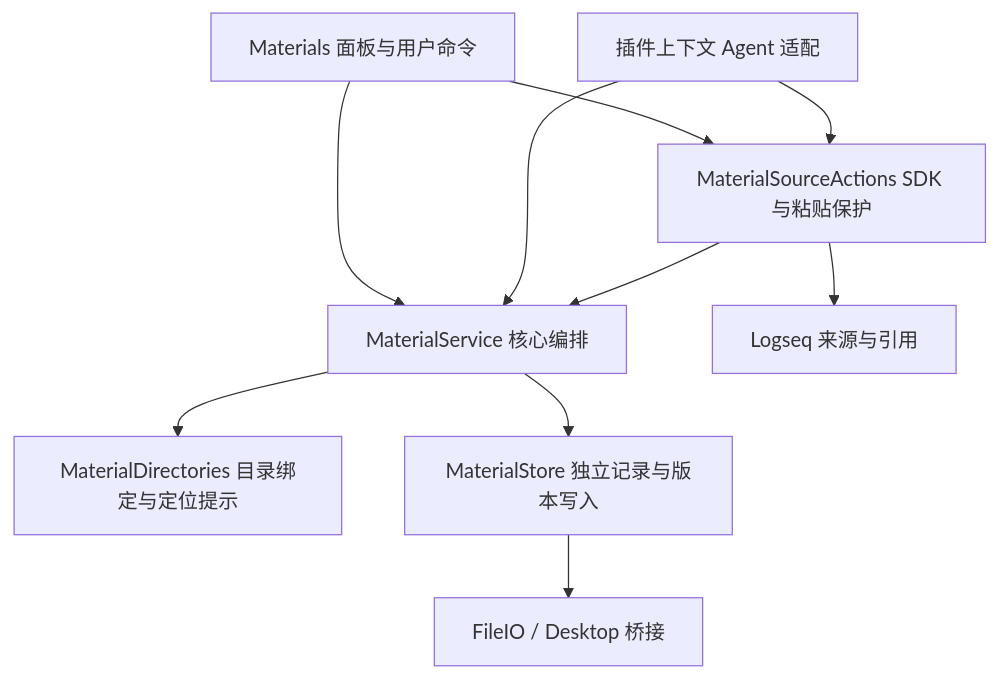
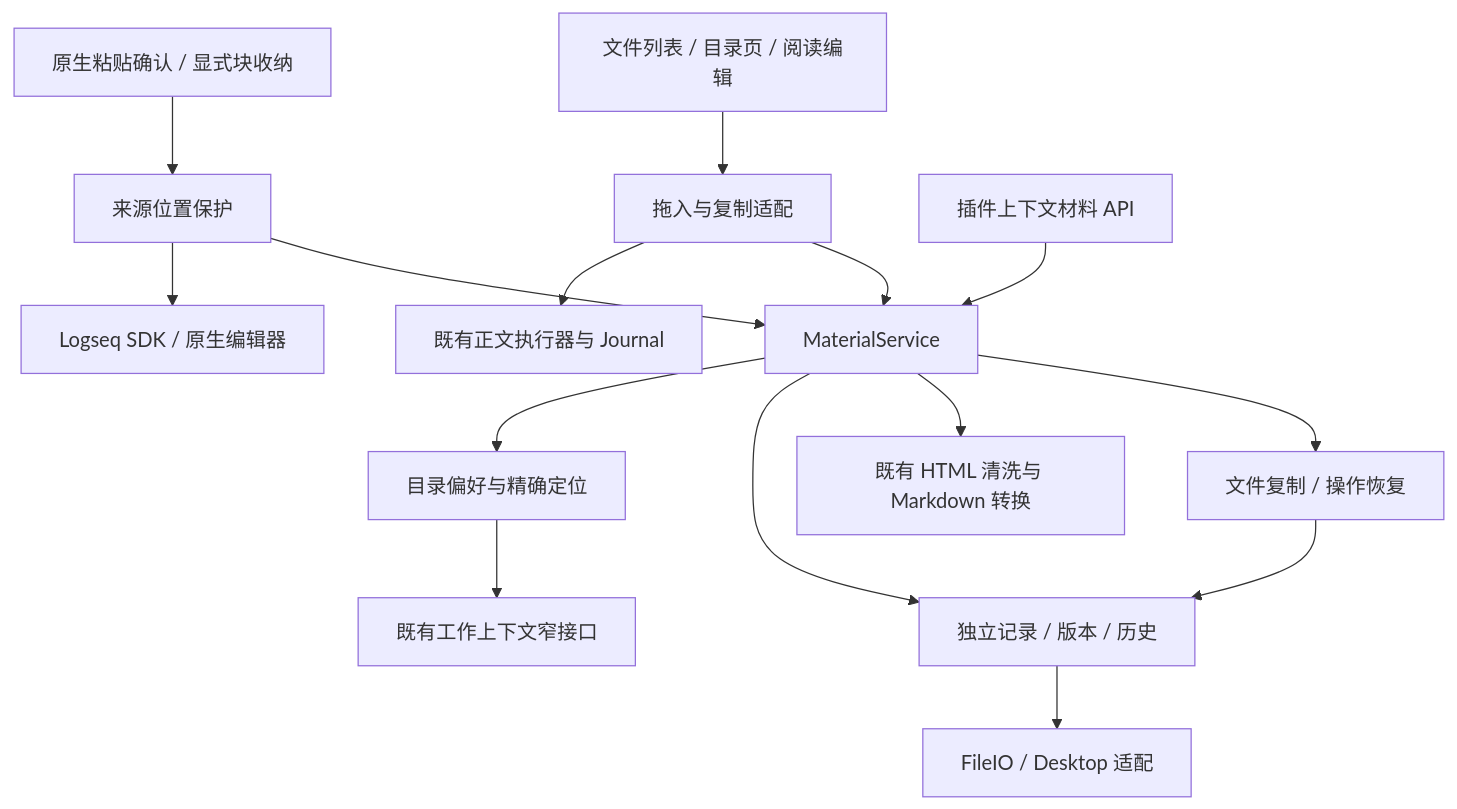
Before and after one commit to wrd233/logseq-task-manager: the first of 5 diagrams in docs/architecture/materials-module-architecture.md, drawn with Mermaid. The commit also changed other lines of this file and 37 other files, not shown here.

Commit message:
Refine materials drawer with work-owned destinations and native capture confirmation

````diff
--- a/docs/architecture/materials-module-architecture.md
+++ b/docs/architecture/materials-module-architecture.md
@@ -9,12 +7,17 @@
 ```mermaid
 flowchart TB
-  UI[Materials 面板与用户命令] --> Service[MaterialService 核心编排]
-  API[插件上下文 Agent 适配] --> Service
-  UI --> Source[MaterialSourceActions SDK 与粘贴保护]
-  API --> Source
-  Source --> Service
-  Service --> Directories[MaterialDirectories 目录绑定与定位提示]
-  Service --> Store[MaterialStore 独立记录与版本写入]
-  Store --> IO[FileIO / Desktop 桥接]
-  Source --> Logseq[Logseq 来源与引用]
+  UI[文件列表 / 目录页 / 阅读编辑] --> Transfers[拖入与复制适配]
+  Paste[原生粘贴确认 / 显式块收纳] --> Sources[来源位置保护]
+  Agent[插件上下文材料 API] --> Service[MaterialService]
+  Transfers --> Service
+  Sources --> Service
+  Service --> Import[文件复制 / 操作恢复]
+  Service --> Convert[既有 HTML 清洗与 Markdown 转换]
+  Service --> Store[独立记录 / 版本 / 历史]
+  Service --> Dirs[目录偏好与精确定位]
+  Import --> Store
+  Store --> IO[FileIO / Desktop 适配]
+  Dirs --> Workspace[既有工作上下文窄接口]
+  Sources --> Native[Logseq SDK / 原生编辑器]
+  Transfers --> Journal[既有正文执行器与 Journal]
 ```
````
